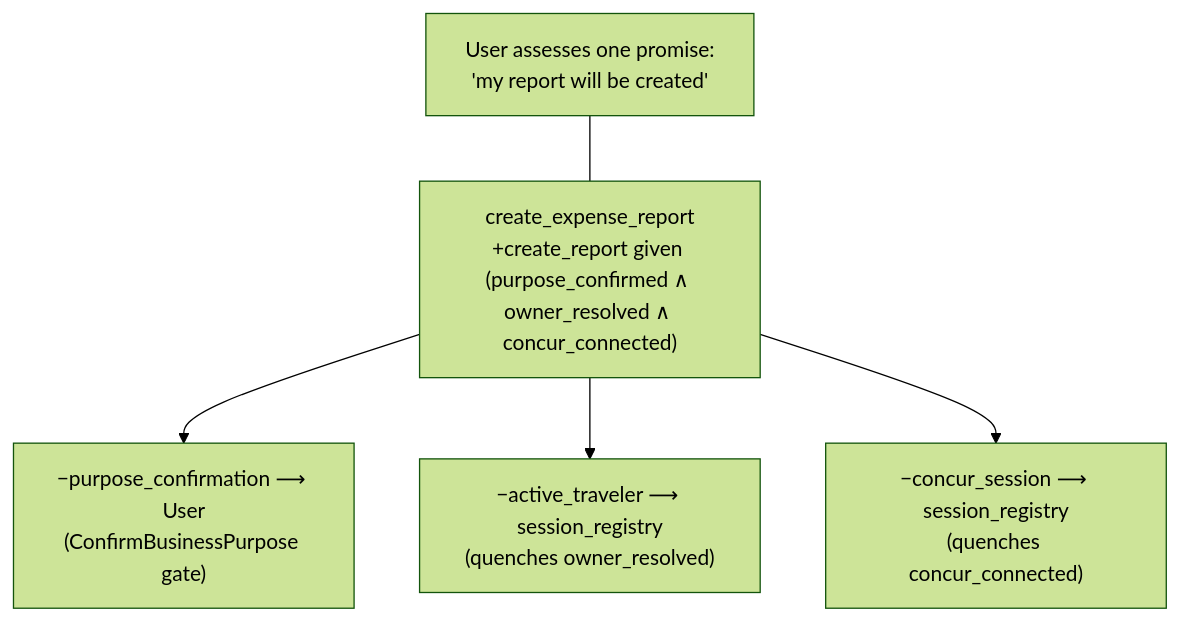
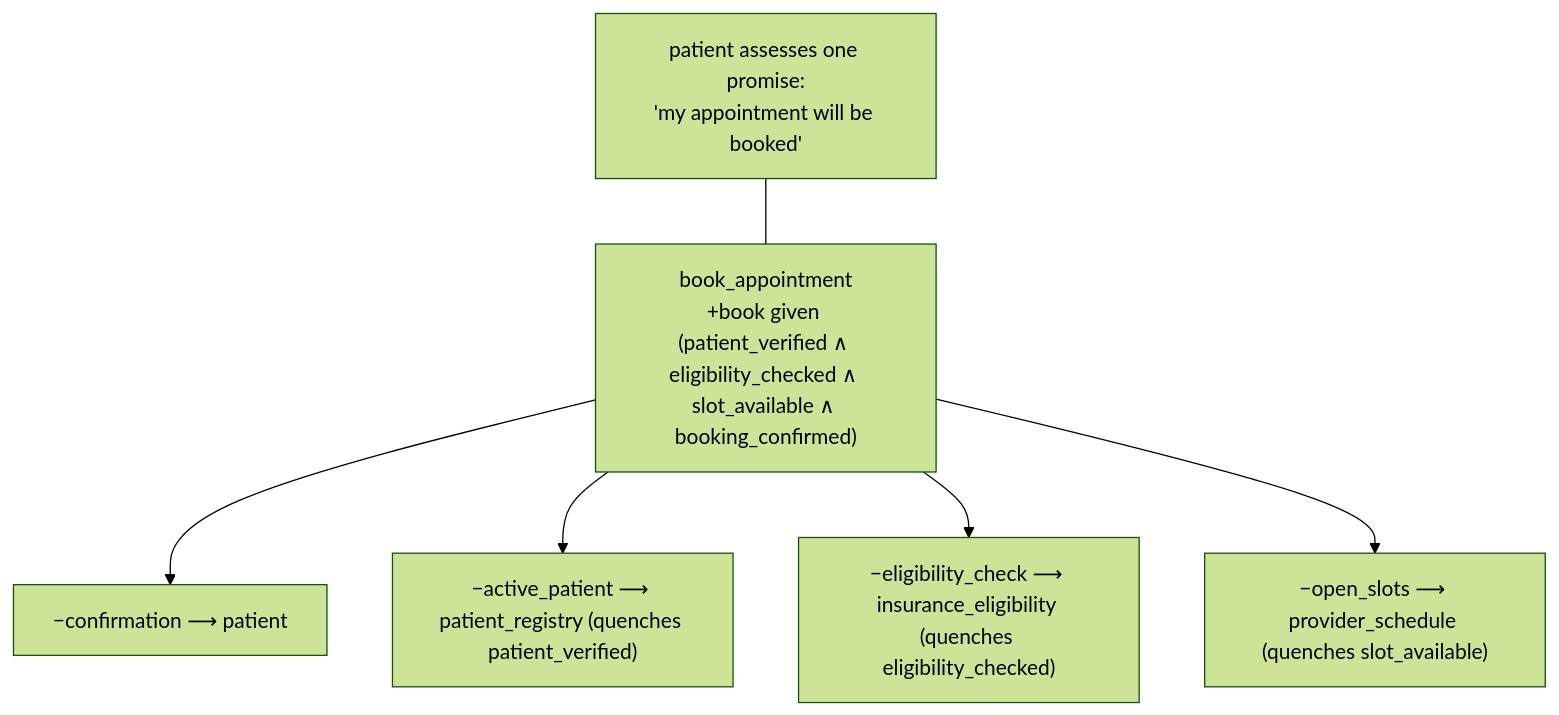
Before and after one commit to jeremyschulman/promise-driven-agentic-kit: the third of 4 diagrams in docs/why-promise-driven-agents.md, drawn with Mermaid (forest theme). The commit also changed other lines of this file and 24 other files, not shown here.

````diff
--- a/docs/why-promise-driven-agents.md
+++ b/docs/why-promise-driven-agents.md
@@ -429,12 +403,14 @@
 ```mermaid
 flowchart TB
-    U["User assesses one promise:<br/>'my report will be created'"]
-    CR["create_expense_report<br/>+create_report given (purpose_confirmed ∧ owner_resolved ∧ concur_connected)"]
-    C1["−purpose_confirmation ⟶ User<br/>(ConfirmBusinessPurpose gate)"]
-    C2["−active_traveler ⟶ session_registry<br/>(quenches owner_resolved)"]
-    C3["−concur_session ⟶ session_registry<br/>(quenches concur_connected)"]
-    U --- CR
-    CR --> C1
-    CR --> C2
-    CR --> C3
+    U["patient assesses one promise:<br/>'my appointment will be booked'"]
+    B["book_appointment<br/>+book given (patient_verified ∧ eligibility_checked ∧ slot_available ∧ booking_confirmed)"]
+    C1["−confirmation ⟶ patient"]
+    C2["−active_patient ⟶ patient_registry (quenches patient_verified)"]
+    C3["−eligibility_check ⟶ insurance_eligibility (quenches eligibility_checked)"]
+    C4["−open_slots ⟶ provider_schedule (quenches slot_available)"]
+    U --- B
+    B --> C1
+    B --> C2
+    B --> C3
+    B --> C4
 ```
````
